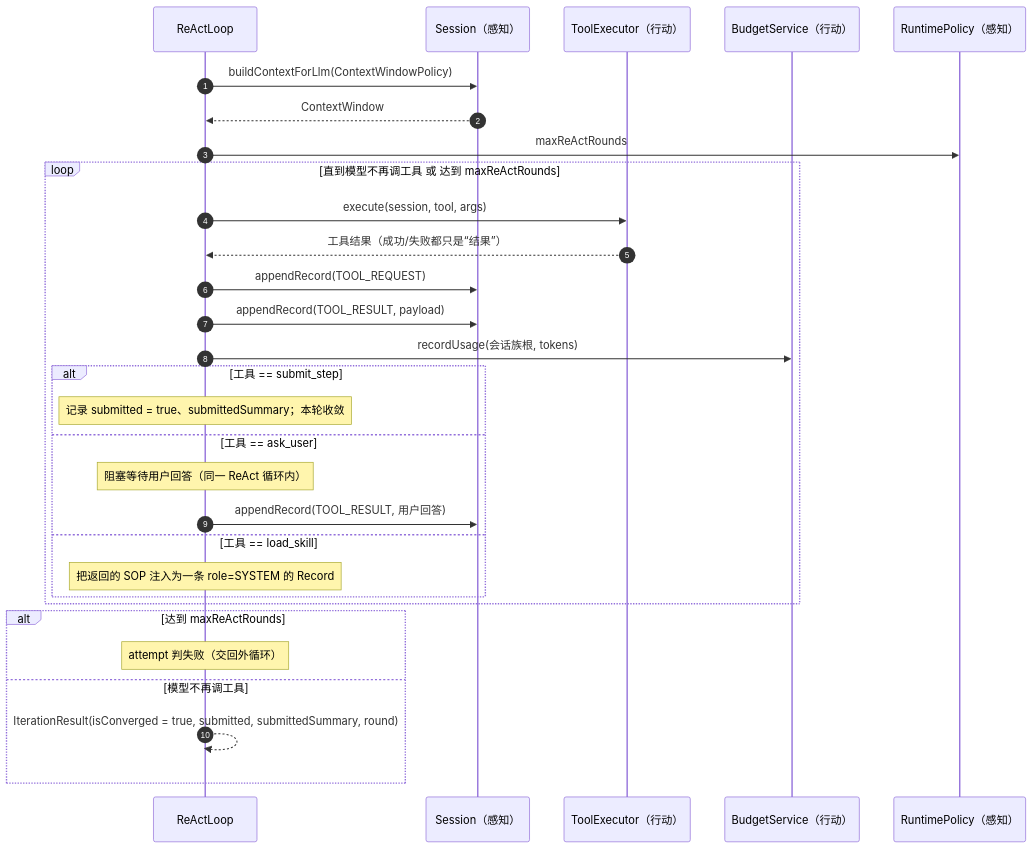
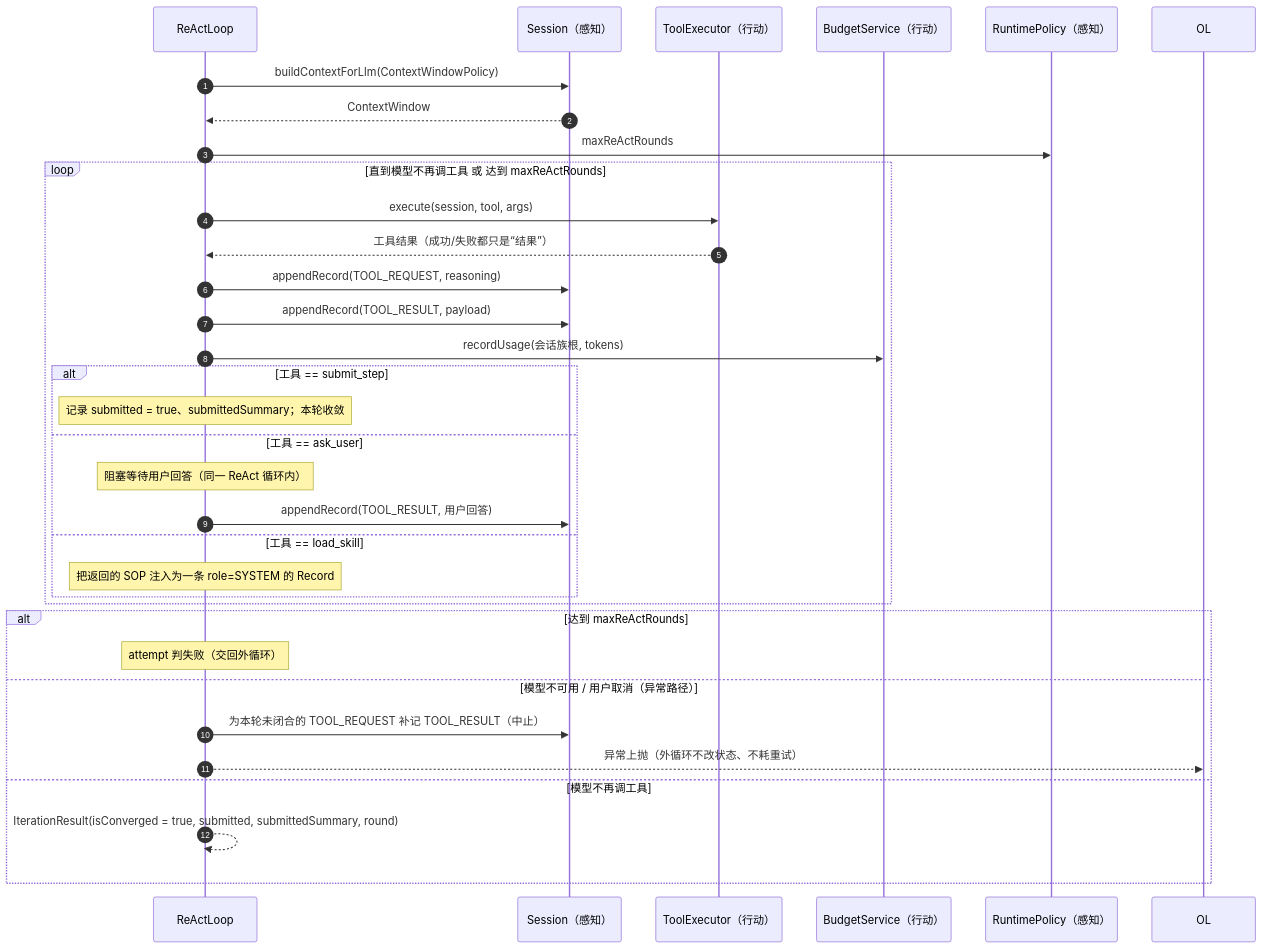
One commit to zcd0831/Jellyfish-Docs changed the fourth of 6 diagrams in model/模块-规划.md. Above: the diagram before and after it, drawn with Mermaid. The commit also changed other lines of this file and 13 other files, not shown here.

````diff
--- a/model/模块-规划.md
+++ b/model/模块-规划.md
@@ -498,33 +499,36 @@
 ```mermaid
 sequenceDiagram
     autonumber
     participant IL as ReActLoop
     participant S as Session（感知）
     participant TE as ToolExecutor（行动）
     participant BS as BudgetService（行动）
     participant RP as RuntimePolicy（感知）
 
     IL->>S: buildContextForLlm(ContextWindowPolicy)
     S-->>IL: ContextWindow
     IL->>RP: maxReActRounds
     loop 直到模型不再调工具 或 达到 maxReActRounds
         IL->>TE: execute(session, tool, args)
         TE-->>IL: 工具结果（成功/失败都只是“结果”）
-        IL->>S: appendRecord(TOOL_REQUEST)
+        IL->>S: appendRecord(TOOL_REQUEST, reasoning)
         IL->>S: appendRecord(TOOL_RESULT, payload)
         IL->>BS: recordUsage(会话族根, tokens)
         alt 工具 == submit_step
             Note over IL: 记录 submitted = true、submittedSummary；本轮收敛
         else 工具 == ask_user
             Note over IL: 阻塞等待用户回答（同一 ReAct 循环内）
             IL->>S: appendRecord(TOOL_RESULT, 用户回答)
         else 工具 == load_skill
             Note over IL: 把返回的 SOP 注入为一条 role=SYSTEM 的 Record
         end
     end
     alt 达到 maxReActRounds
         Note over IL: attempt 判失败（交回外循环）
+    else 模型不可用 / 用户取消（异常路径）
+        IL->>S: 为本轮未闭合的 TOOL_REQUEST 补记 TOOL_RESULT（中止）
+        IL-->>OL: 异常上抛（外循环不改状态、不耗重试）
     else 模型不再调工具
         IL-->>IL: IterationResult(isConverged = true, submitted, submittedSummary, round)
     end
 ```
````
